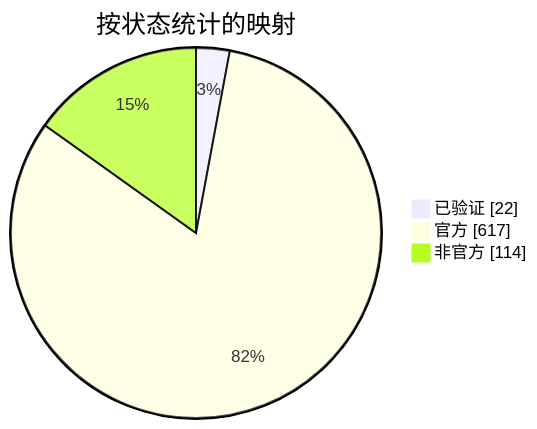
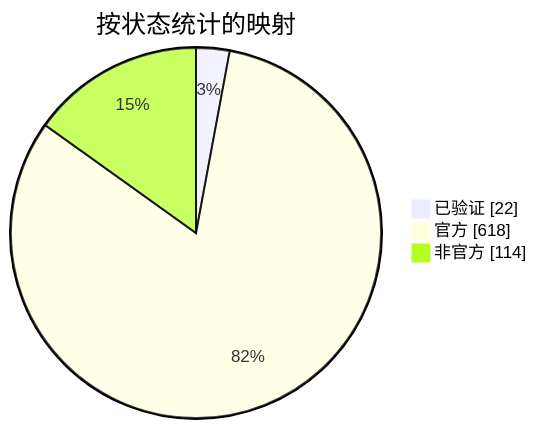
Before and after one commit to nobrega8/mbmap-library: the diagram in docs/readme/README_ZHS.md, drawn with Mermaid. The commit also changed 6 other files, not shown here.

````diff
--- a/docs/readme/README_ZHS.md
+++ b/docs/readme/README_ZHS.md
@@ -54,7 +54,7 @@
 ```mermaid
 pie showData
     title 按状态统计的映射
     "已验证" : 22
-    "官方" : 617
+    "官方" : 618
     "非官方" : 114
 ```
````
